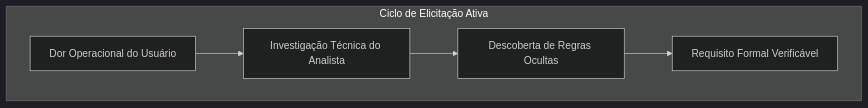
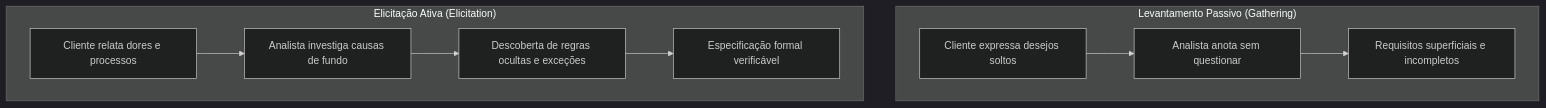
Before and after one commit to murilolol/unifef: the sixth of 32 diagrams in 4º Semestre/[Prof. Wesley Soares] Engenharia de Software II/Resumos-IA/Simulados-Comentados.md, drawn with Mermaid (dark theme). The commit also changed other lines of this file and 18 other files, not shown here.

````diff
--- a/4º Semestre/[Prof. Wesley Soares] Engenharia de Software II/Resumos-IA/Simulados-Comentados.md
+++ b/4º Semestre/[Prof. Wesley Soares] Engenharia de Software II/Resumos-IA/Simulados-Comentados.md
@@ -392,8 +380,13 @@
 ```mermaid
 flowchart TD
-    subgraph ElicitacaoAtiva["Ciclo de Elicitação Ativa"]
-        D["Dor Operacional do Usuário"] --> I["Investigação Técnica do Analista"]
-        I --> R["Descoberta de Regras Ocultas"]
-        R --> E["Requisito Formal Verificável"]
-    end
+ subgraph PosturaPassiva["Levantamento Passivo (Gathering)"]
+ P1["Cliente expressa desejos soltos"] --> P2["Analista anota sem questionar"]
+ P2 --> P3["Requisitos superficiais e incompletos"]
+ end
+
+ subgraph PosturaAtiva["Elicitação Ativa (Elicitation)"]
+ A1["Cliente relata dores e processos"] --> A2["Analista investiga causas de fundo"]
+ A2 --> A3["Descoberta de regras ocultas e exceções"]
+ A3 --> A4["Especificação formal verificável"]
+ end
 ```
````
